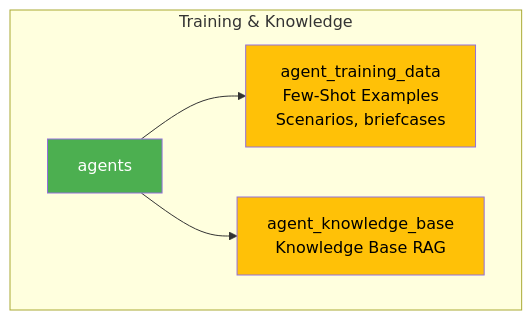
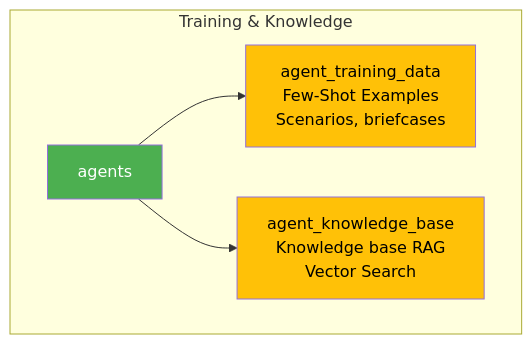
One commit to Maxi-online/hr-intelligence-platform changed the sixth of 11 diagrams in components/office_services/central_database/DATABASE_DIAGRAM.md. Above: the diagram before and after it, drawn with Mermaid. The commit also changed other lines of this file and 11 other files, not shown here.

````diff
--- a/components/office_services/central_database/DATABASE_DIAGRAM.md
+++ b/components/office_services/central_database/DATABASE_DIAGRAM.md
@@ -434,15 +434,15 @@
 ```mermaid
 graph TB
     subgraph "Training & Knowledge"
         A[agents]
         TD[agent_training_data<br/>Few-Shot Examples<br/>Scenarios, briefcases]
-        KB[agent_knowledge_base<br/> Knowledge Base RAG<br/>]
+        KB[agent_knowledge_base<br/>Knowledge base RAG<br/>Vector Search]
         
         A --> TD
         A --> KB
     end
     
     style A fill:#4CAF50,color:#fff
     style TD fill:#FFC107,color:#000
     style KB fill:#FFC107,color:#000
 ```
````
